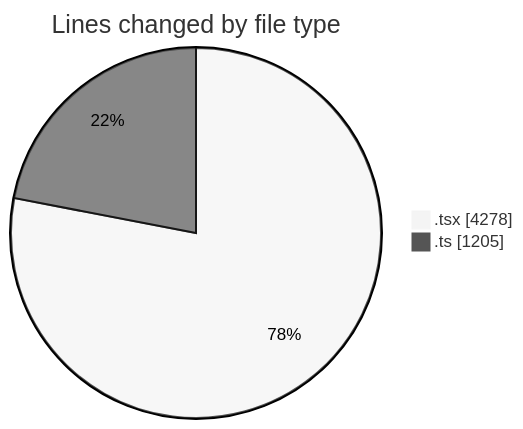
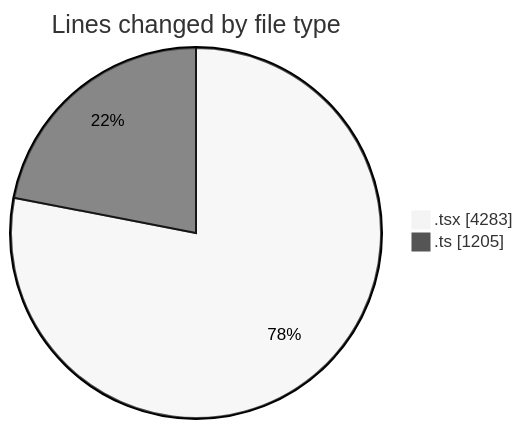
One commit to nxtqubesakshisongat/code-tracking changed the first of 2 diagrams in 2026-02-18/nxtqube_webapp/README.md. Above: the diagram before and after it, drawn with Mermaid (neutral theme). The commit also changed other lines of this file and 1 other file, not shown here.

````diff
--- a/2026-02-18/nxtqube_webapp/README.md
+++ b/2026-02-18/nxtqube_webapp/README.md
@@ -29,6 +29,6 @@
 ```mermaid
 pie showData
 title Lines changed by file type
-".tsx" : 4278
+".tsx" : 4283
 ".ts" : 1205
 ```
````
